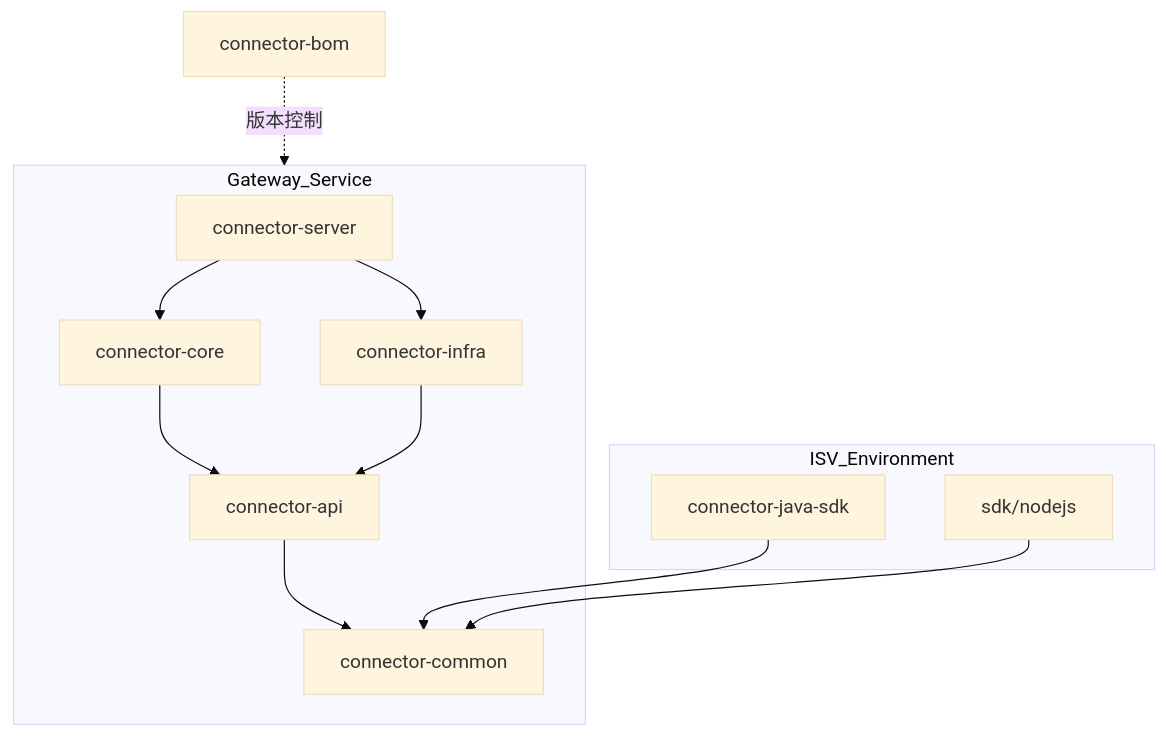
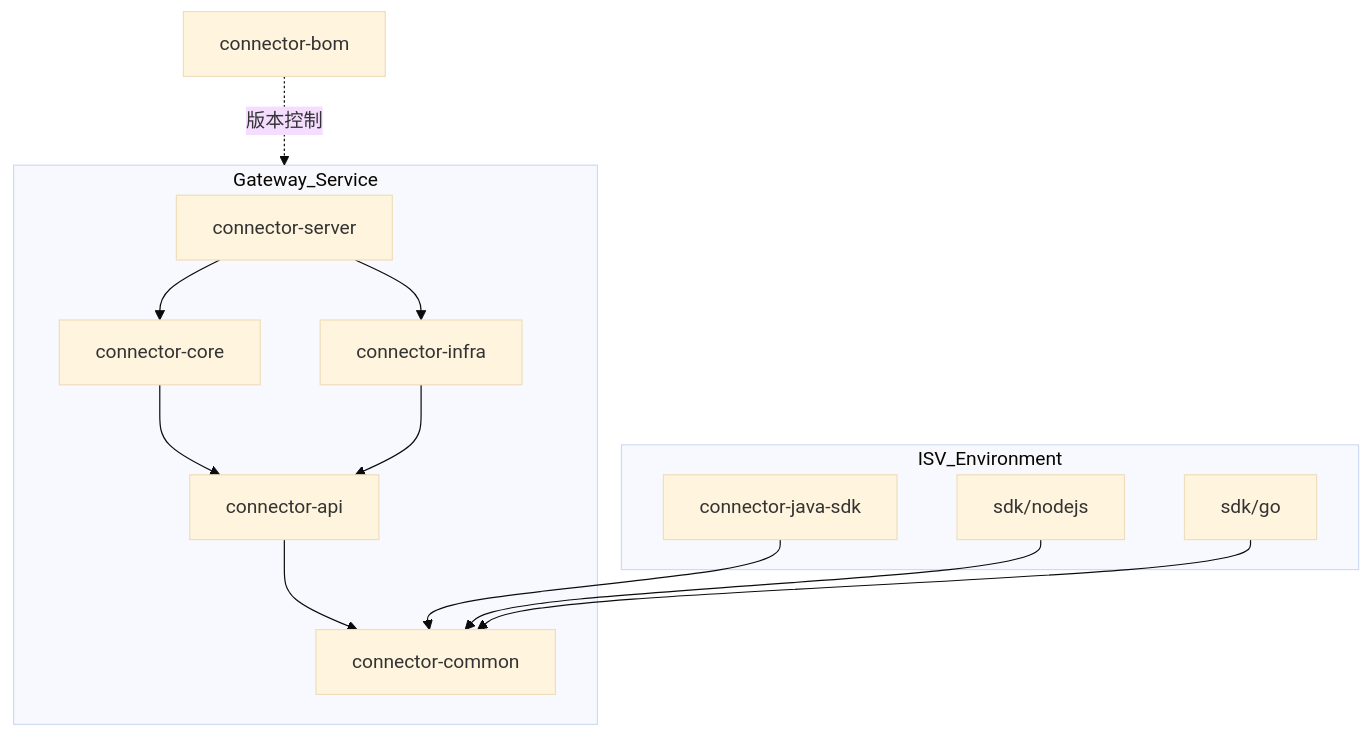
Before and after one commit to Chanjet/chanjet-openplatform-stream-java: the diagram in docs/design/Project_Structure_and_SDK.md, drawn with Mermaid (base theme). The commit also changed other lines of this file and 17 other files, not shown here.

````diff
--- a/docs/design/Project_Structure_and_SDK.md
+++ b/docs/design/Project_Structure_and_SDK.md
@@ -27,21 +28,23 @@
 ```mermaid
 graph TD
     subgraph ISV_Environment
         SDK_JAVA[connector-java-sdk]
         SDK_NODE[sdk/nodejs]
+        SDK_GO[sdk/go]
     end
 
     subgraph Gateway_Service
         Server[connector-server] --> Core[connector-core]
         Server --> Infra[connector-infra]
         
         Core --> API[connector-api]
         Infra --> API[connector-api]
         
         API --> Common[connector-common]
         SDK_JAVA --> Common
         SDK_NODE --> Common
+        SDK_GO --> Common
     end
 
     BOM[connector-bom] -.->|版本控制| Gateway_Service
 ```
````
